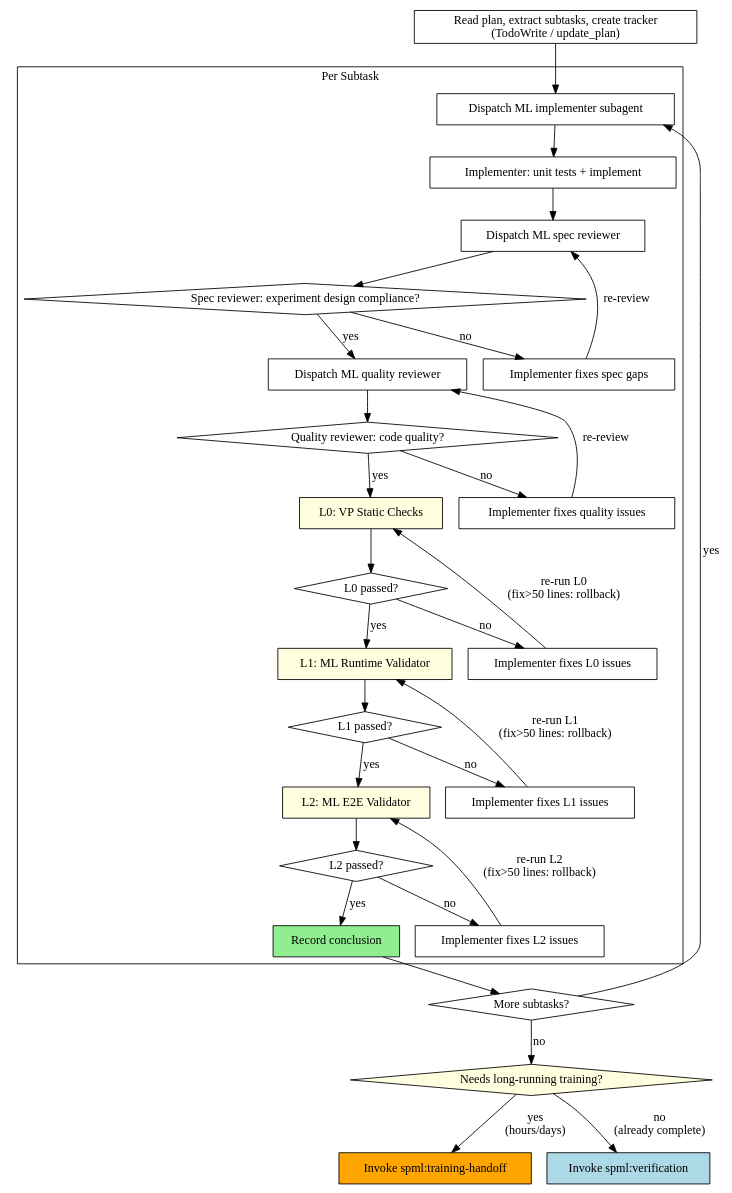
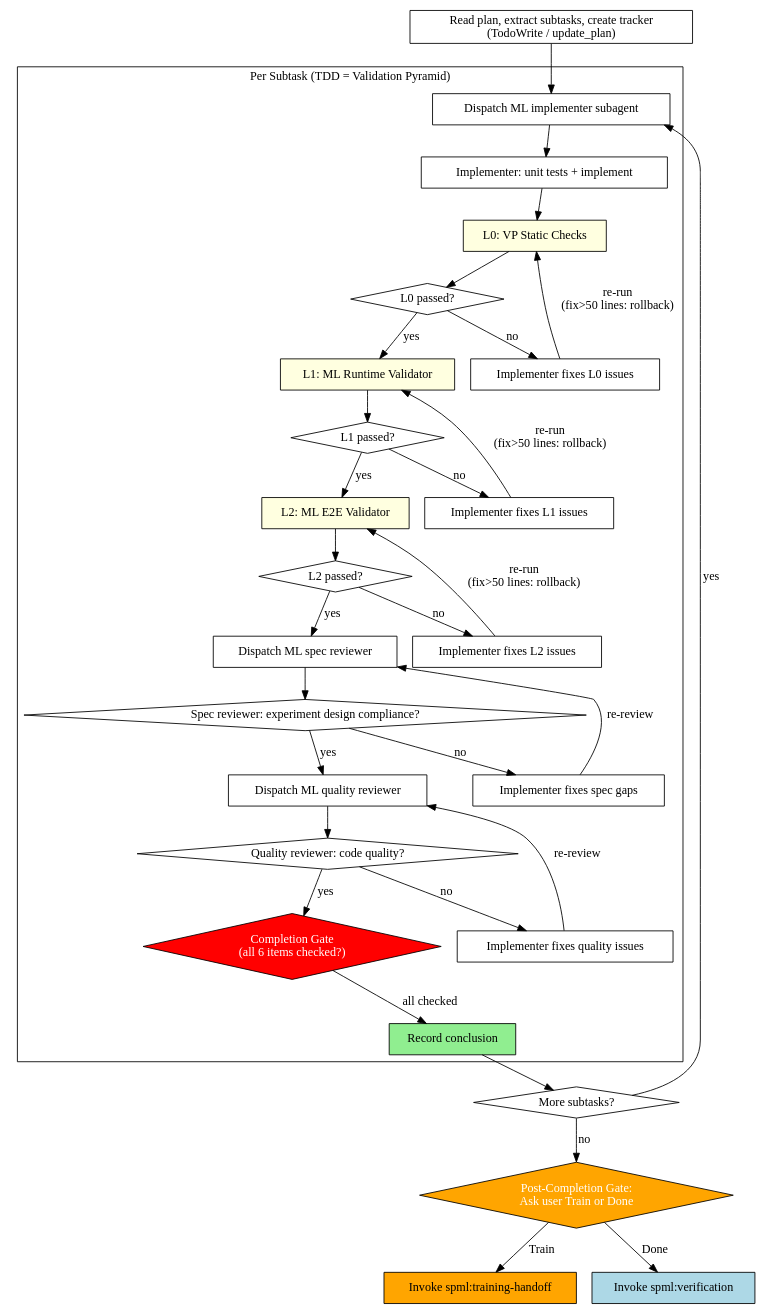
The diagram in skills/ml-subagent-dev/SKILL.md (qqhard/superpowers-ML), drawn with Graphviz before and after one commit.

Commit message:
fix(ml-subagent-dev): reorder flow TDD=VP, add Completion Gate and forced handoff

````diff
--- a/skills/ml-subagent-dev/SKILL.md
+++ b/skills/ml-subagent-dev/SKILL.md
@@ -84,62 +84,64 @@
 ```dot
 digraph process {
     rankdir=TB;
 
     subgraph cluster_per_subtask {
-        label="Per Subtask";
+        label="Per Subtask (TDD = Validation Pyramid)";
         "Dispatch ML implementer subagent" [shape=box];
         "Implementer: unit tests + implement" [shape=box];
-        "Dispatch ML spec reviewer" [shape=box];
-        "Spec reviewer: experiment design compliance?" [shape=diamond];
-        "Implementer fixes spec gaps" [shape=box];
-        "Dispatch ML quality reviewer" [shape=box];
-        "Quality reviewer: code quality?" [shape=diamond];
-        "Implementer fixes quality issues" [shape=box];
         "L0: VP Static Checks" [shape=box style=filled fillcolor=lightyellow];
         "L0 passed?" [shape=diamond];
         "Implementer fixes L0 issues" [shape=box];
         "L1: ML Runtime Validator" [shape=box style=filled fillcolor=lightyellow];
         "L1 passed?" [shape=diamond];
         "Implementer fixes L1 issues" [shape=box];
         "L2: ML E2E Validator" [shape=box style=filled fillcolor=lightyellow];
         "L2 passed?" [shape=diamond];
         "Implementer fixes L2 issues" [shape=box];
+        "Dispatch ML spec reviewer" [shape=box];
+        "Spec reviewer: experiment design compliance?" [shape=diamond];
+        "Implementer fixes spec gaps" [shape=box];
+        "Dispatch ML quality reviewer" [shape=box];
+        "Quality reviewer: code quality?" [shape=diamond];
+        "Implementer fixes quality issues" [shape=box];
+        "Completion Gate\n(all 6 items checked?)" [shape=diamond style=filled fillcolor=red fontcolor=white];
         "Record conclusion" [shape=box style=filled fillcolor=lightgreen];
     }
 
     "Read plan, extract subtasks, create tracker\n(TodoWrite / update_plan)" [shape=box];
     "More subtasks?" [shape=diamond];
-    "Needs long-running training?" [shape=diamond style=filled fillcolor=lightyellow];
+    "Post-Completion Gate:\nAsk user Train or Done" [shape=diamond style=filled fillcolor=orange fontcolor=white];
     "Invoke spml:training-handoff" [shape=box style=filled fillcolor=orange];
     "Invoke spml:verification" [shape=box style=filled fillcolor=lightblue];
 
     "Read plan, extract subtasks, create tracker\n(TodoWrite / update_plan)" -> "Dispatch ML implementer subagent";
     "Dispatch ML implementer subagent" -> "Implementer: unit tests + implement";
-    "Implementer: unit tests + implement" -> "Dispatch ML spec reviewer";
+    "Implementer: unit tests + implement" -> "L0: VP Static Checks";
+    "L0: VP Static Checks" -> "L0 passed?";
+    "L0 passed?" -> "L1: ML Runtime Validator" [label="yes"];
+    "L0 passed?" -> "Implementer fixes L0 issues" [label="no"];
+    "Implementer fixes L0 issues" -> "L0: VP Static Checks" [label="re-run\n(fix>50 lines: rollback)"];
+    "L1: ML Runtime Validator" -> "L1 passed?";
+    "L1 passed?" -> "L2: ML E2E Validator" [label="yes"];
+    "L1 passed?" -> "Implementer fixes L1 issues" [label="no"];
+    "Implementer fixes L1 issues" -> "L1: ML Runtime Validator" [label="re-run\n(fix>50 lines: rollback)"];
+    "L2: ML E2E Validator" -> "L2 passed?";
+    "L2 passed?" -> "Dispatch ML spec reviewer" [label="yes"];
+    "L2 passed?" -> "Implementer fixes L2 issues" [label="no"];
+    "Implementer fixes L2 issues" -> "L2: ML E2E Validator" [label="re-run\n(fix>50 lines: rollback)"];
     "Dispatch ML spec reviewer" -> "Spec reviewer: experiment design compliance?";
     "Spec reviewer: experiment design compliance?" -> "Implementer fixes spec gaps" [label="no"];
     "Implementer fixes spec gaps" -> "Dispatch ML spec reviewer" [label="re-review"];
     "Spec reviewer: experiment design compliance?" -> "Dispatch ML quality reviewer" [label="yes"];
     "Dispatch ML quality reviewer" -> "Quality reviewer: code quality?";
     "Quality reviewer: code quality?" -> "Implementer fixes quality issues" [label="no"];
     "Implementer fixes quality issues" -> "Dispatch ML quality reviewer" [label="re-review"];
-    "Quality reviewer: code quality?" -> "L0: VP Static Checks" [label="yes"];
-    "L0: VP Static Checks" -> "L0 passed?";
-    "L0 passed?" -> "L1: ML Runtime Validator" [label="yes"];
-    "L0 passed?" -> "Implementer fixes L0 issues" [label="no"];
-    "Implementer fixes L0 issues" -> "L0: VP Static Checks" [label="re-run L0\n(fix>50 lines: rollback)"];
-    "L1: ML Runtime Validator" -> "L1 passed?";
-    "L1 passed?" -> "L2: ML E2E Validator" [label="yes"];
-    "L1 passed?" -> "Implementer fixes L1 issues" [label="no"];
-    "Implementer fixes L1 issues" -> "L1: ML Runtime Validator" [label="re-run L1\n(fix>50 lines: rollback)"];
-    "L2: ML E2E Validator" -> "L2 passed?";
-    "L2 passed?" -> "Record conclusion" [label="yes"];
-    "L2 passed?" -> "Implementer fixes L2 issues" [label="no"];
-    "Implementer fixes L2 issues" -> "L2: ML E2E Validator" [label="re-run L2\n(fix>50 lines: rollback)"];
+    "Quality reviewer: code quality?" -> "Completion Gate\n(all 6 items checked?)" [label="yes"];
+    "Completion Gate\n(all 6 items checked?)" -> "Record conclusion" [label="all checked"];
     "Record conclusion" -> "More subtasks?";
     "More subtasks?" -> "Dispatch ML implementer subagent" [label="yes"];
-    "More subtasks?" -> "Needs long-running training?" [label="no"];
-    "Needs long-running training?" -> "Invoke spml:training-handoff" [label="yes\n(hours/days)"];
-    "Needs long-running training?" -> "Invoke spml:verification" [label="no\n(already complete)"];
+    "More subtasks?" -> "Post-Completion Gate:\nAsk user Train or Done" [label="no"];
+    "Post-Completion Gate:\nAsk user Train or Done" -> "Invoke spml:training-handoff" [label="Train"];
+    "Post-Completion Gate:\nAsk user Train or Done" -> "Invoke spml:verification" [label="Done"];
 }
 ```
````
